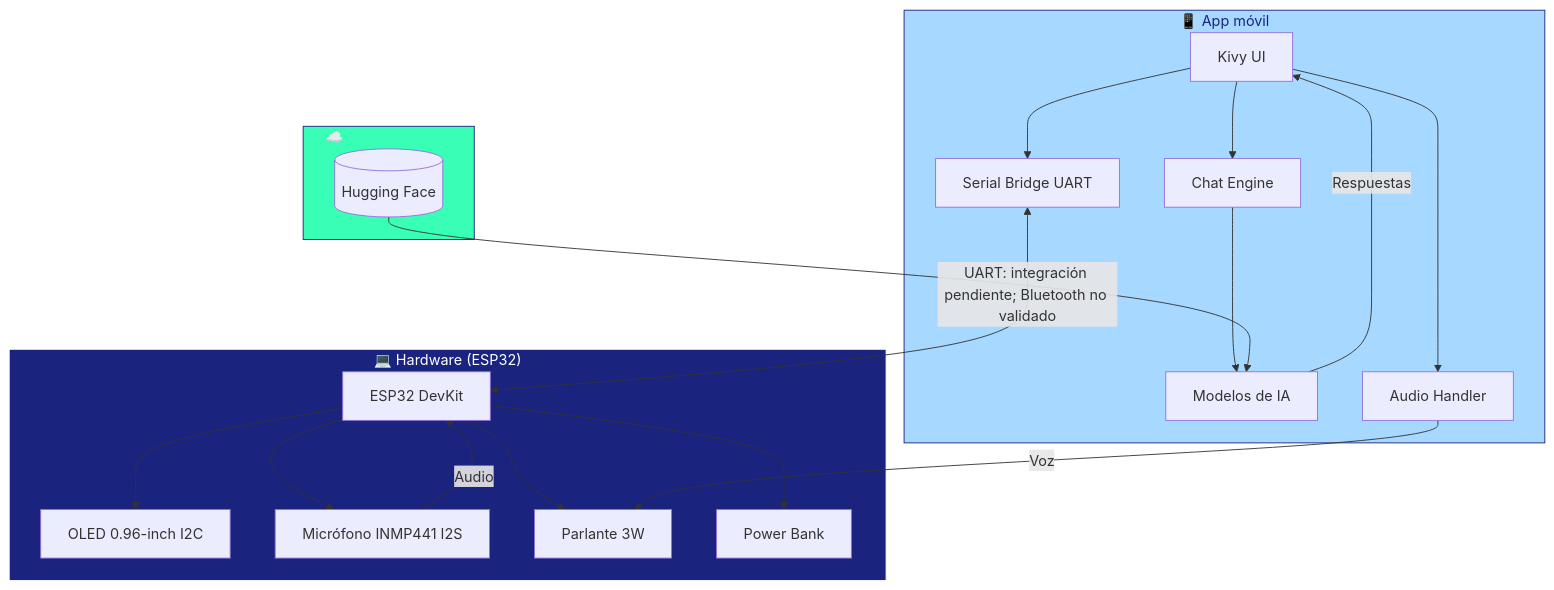
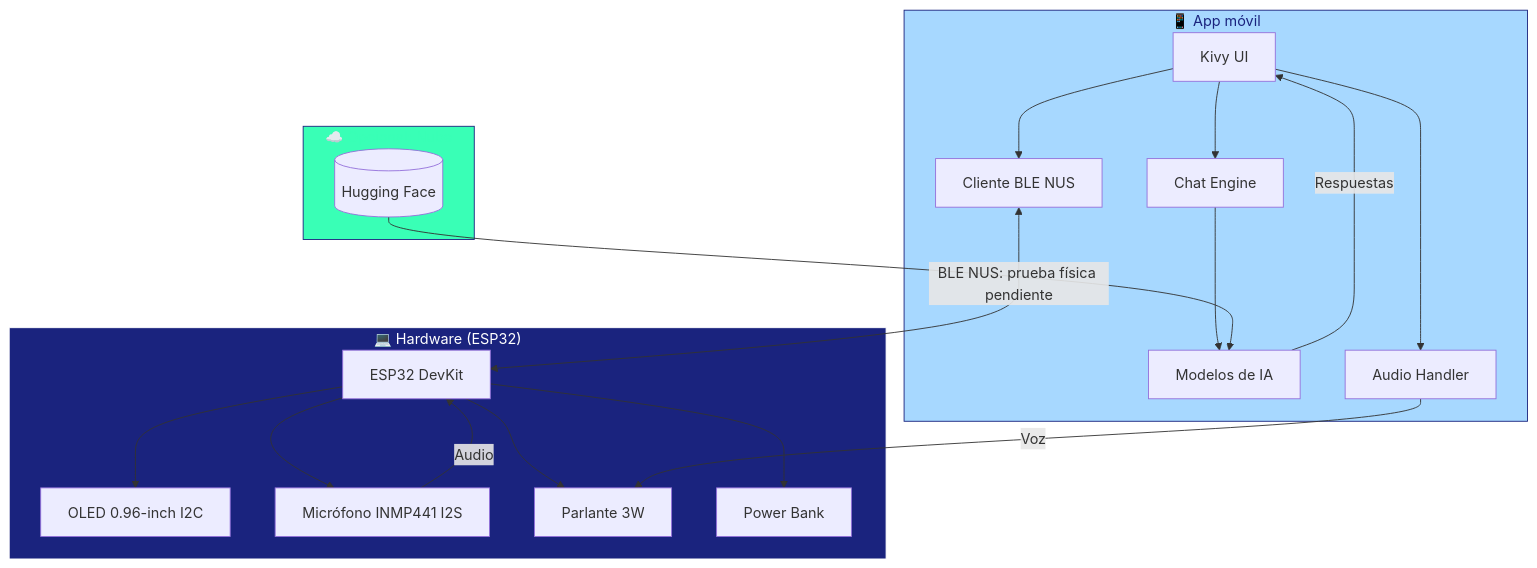
Before and after one commit to luciano2-web/Luciano-Sarmiento: the diagram in README.md, drawn with Mermaid. The commit also changed other lines of this file and 9 other files, not shown here.

````diff
--- a/README.md
+++ b/README.md
@@ -71,29 +71,29 @@
 ```mermaid
 flowchart TD
     subgraph Hardware["💻 Hardware (ESP32)"]
         A[ESP32 DevKit] --> B[OLED 0.96-inch I2C]
         A --> C[Micrófono INMP441 I2S]
         A --> D[Parlante 3W]
         A --> E[Power Bank]
     end
     
     subgraph Mobile["📱 App móvil"]
         F[Kivy UI] --> G[Chat Engine]
         G --> H[Modelos de IA]
         F --> I[Audio Handler]
-        F --> J[Serial Bridge UART]
+        F --> J[Cliente BLE NUS]
     end
     
     subgraph Cloud["☁️ Opcional: Nube"]
         K[(Hugging Face)] --> H
     end
     
-    J <-->|UART: integración pendiente; Bluetooth no validado| A
+    J <-->|BLE NUS: prueba física pendiente| A
     H -->|Respuestas| F
     I -->|Voz| D
     C -->|Audio| A
     
     style Hardware fill:#1A237E,stroke:#fff,color:#fff
     style Mobile fill:#A7D8FF,stroke:#1A237E,color:#1A237E
     style Cloud fill:#39FFB6,stroke:#1A237E,color:#39FFB6
 ```
````
